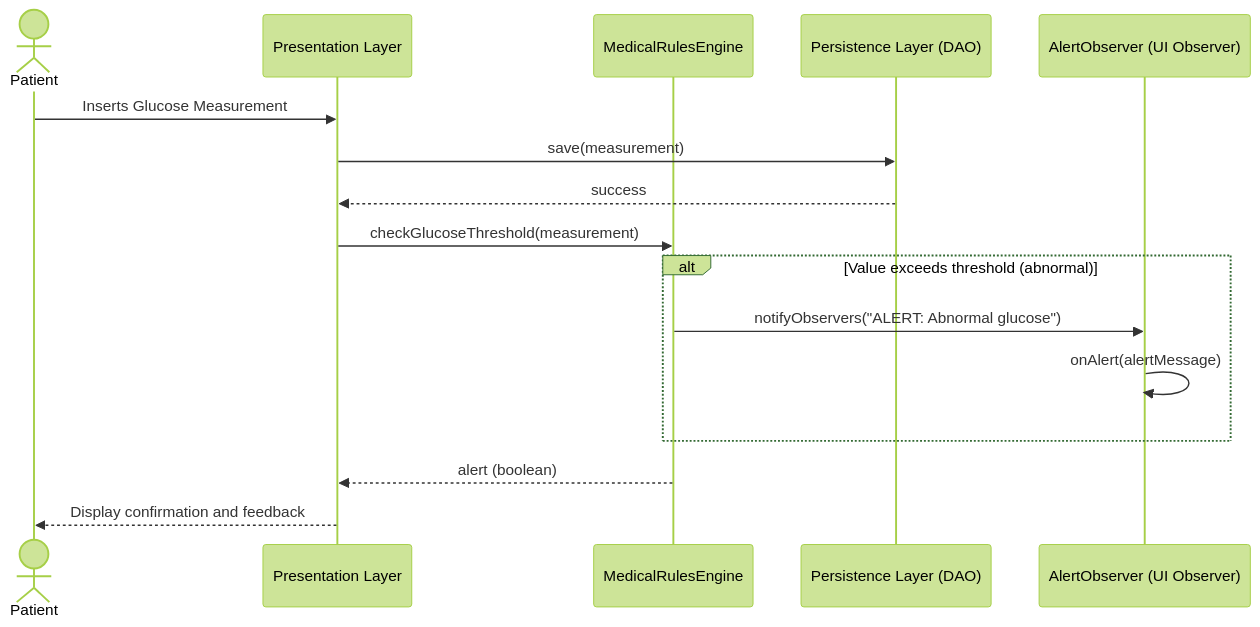
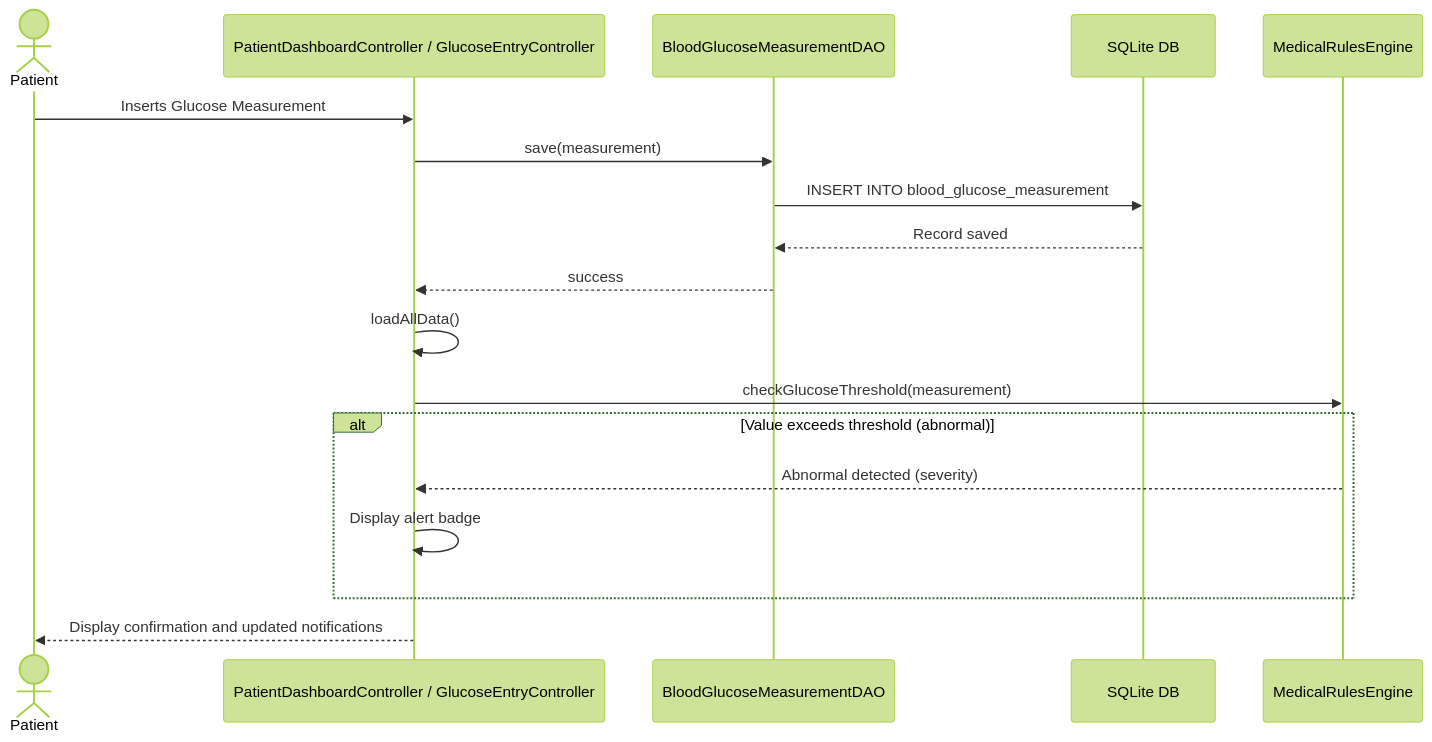
One commit to SamueleOrazioDurante/telemedicina-ingegneria changed the ninth of 13 diagrams in documentation.md. Above: the diagram before and after it, drawn with Mermaid (forest theme). The commit also changed other lines of this file and 3 other files, not shown here.

Commit message:
docs: update glucose measurement sequence diagram

````diff
--- a/documentation.md
+++ b/documentation.md
@@ -522,19 +522,21 @@
 ```mermaid
 sequenceDiagram
     actor Patient
-    participant GUI as Presentation Layer
+    participant GUI as PatientDashboardController / GlucoseEntryController
+    participant DAO as BloodGlucoseMeasurementDAO
+    participant DB as SQLite DB
     participant Engine as MedicalRulesEngine
-    participant DB as Persistence Layer (DAO)
-    participant Observer as AlertObserver (UI Observer)
 
     Patient->>GUI: Inserts Glucose Measurement
-    GUI->>DB: save(measurement)
-    DB-->>GUI: success
+    GUI->>DAO: save(measurement)
+    DAO->>DB: INSERT INTO blood_glucose_measurement
+    DB-->>DAO: Record saved
+    DAO-->>GUI: success
+    GUI->>GUI: loadAllData()
     GUI->>Engine: checkGlucoseThreshold(measurement)
     alt Value exceeds threshold (abnormal)
-        Engine->>Observer: notifyObservers("ALERT: Abnormal glucose")
-        Observer->>Observer: onAlert(alertMessage)
+        Engine-->>GUI: Abnormal detected (severity)
+        GUI->>GUI: Display alert badge
     end
-    Engine-->>GUI: alert (boolean)
-    GUI-->>Patient: Display confirmation and feedback
+    GUI-->>Patient: Display confirmation and updated notifications
 ```
````
